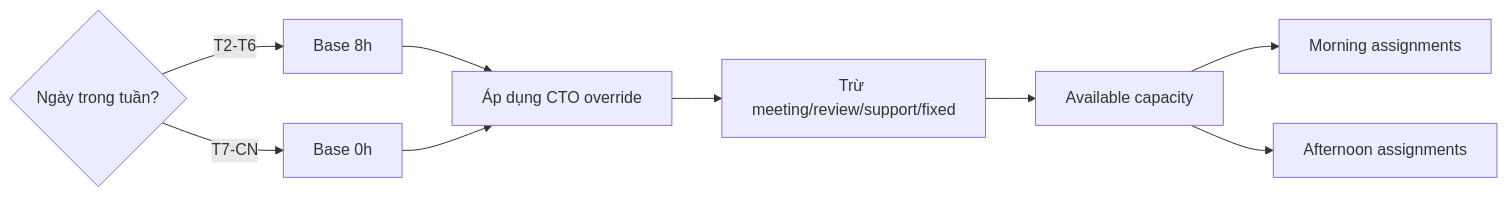
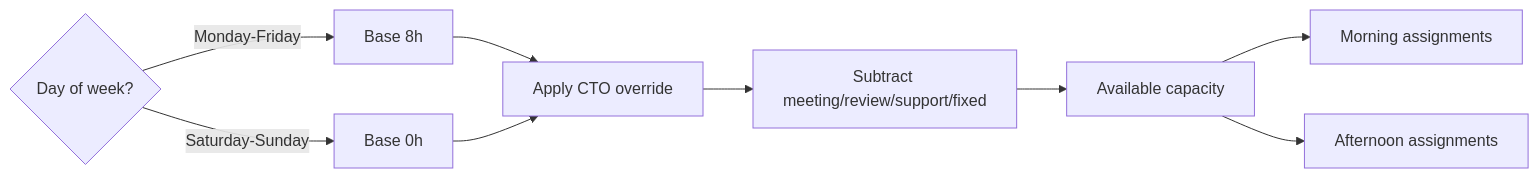
The seventh of 11 diagrams in docs/stable/flows.md (ZiniSoft/intake), drawn with Mermaid before and after one commit. The commit also changed other lines of this file and 70 other files, not shown here.

````diff
--- a/docs/stable/flows.md
+++ b/docs/stable/flows.md
@@ -158,11 +158,11 @@
 ```mermaid
 flowchart LR
-    D{Ngày trong tuần?} -->|T2-T6| W[Base 8h]
-    D -->|T7-CN| Z[Base 0h]
-    W --> O[Áp dụng CTO override]
+    D{Day of week?} -->|Monday-Friday| W[Base 8h]
+    D -->|Saturday-Sunday| Z[Base 0h]
+    W --> O[Apply CTO override]
     Z --> O
-    O --> S[Trừ meeting/review/support/fixed]
+    O --> S[Subtract meeting/review/support/fixed]
     S --> A[Available capacity]
     A --> AM[Morning assignments]
     A --> PM[Afternoon assignments]
 ```
````
